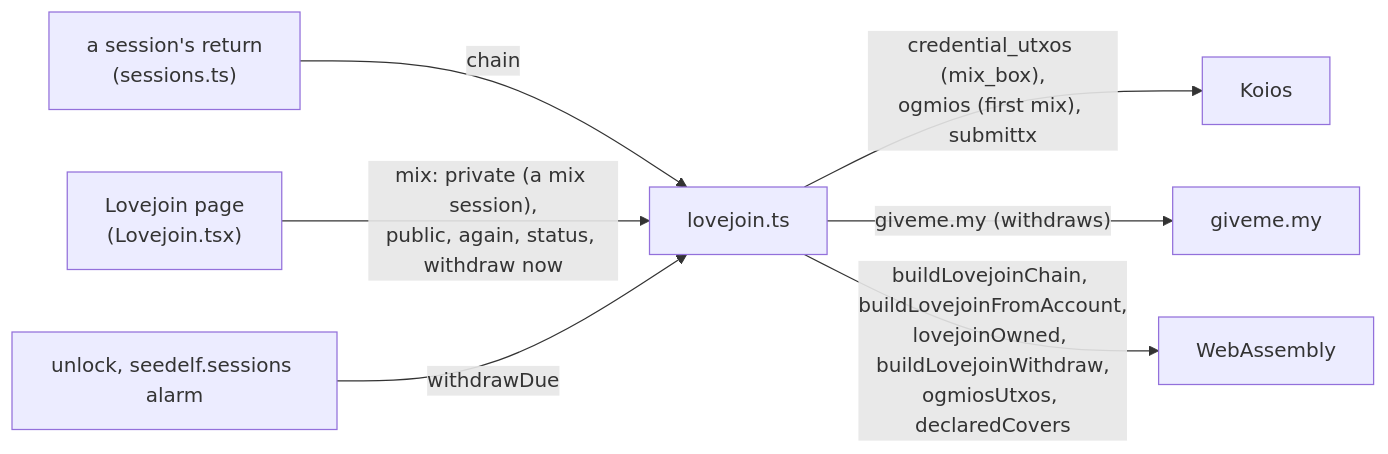
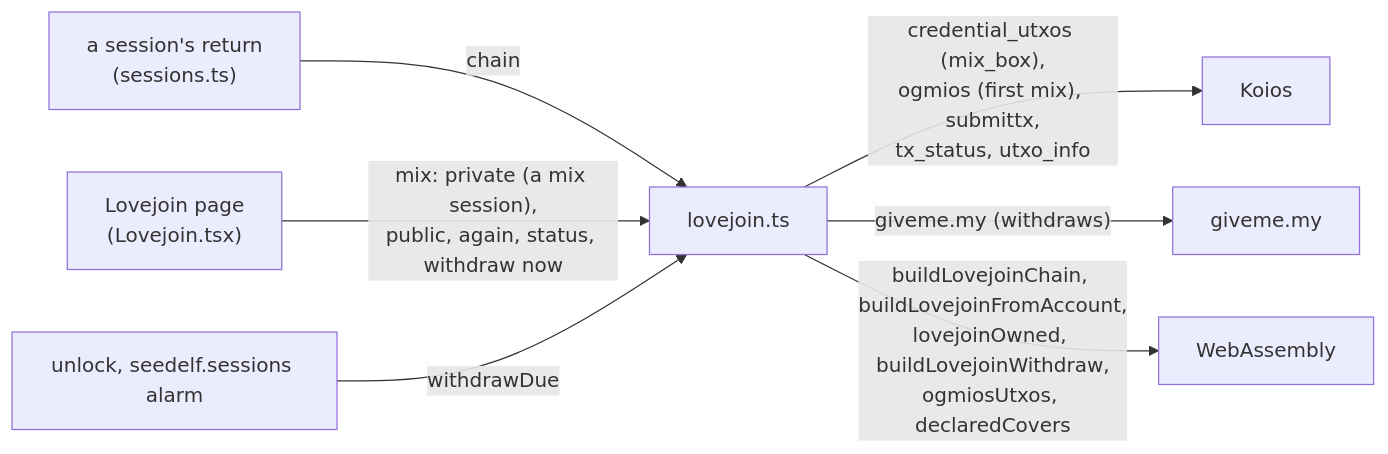
The fourth of 4 diagrams in seedelf-platform/seedelf-web-wallet/docs/architecture.md (logical-mechanism/Seedelf-Wallet), drawn with Mermaid before and after one commit. The commit also changed other lines of this file and 5 other files, not shown here.

First line of the commit message:
docs(web-wallet): the architecture, flows, privacy notes and policy say what the wallet does after the independent review's fixes

````diff
--- a/seedelf-platform/seedelf-web-wallet/docs/architecture.md
+++ b/seedelf-platform/seedelf-web-wallet/docs/architecture.md
@@ -478,9 +531,9 @@
 ```mermaid
 flowchart LR
   R["a session's return<br/>(sessions.ts)"] -- "chain" --> L["lovejoin.ts"]
   T["Lovejoin page<br/>(Lovejoin.tsx)"] -- "mix: private (a mix session),<br/>public, again, status, withdraw now" --> L
   A["unlock, seedelf.sessions alarm"] -- "withdrawDue" --> L
-  L -- "credential_utxos (mix_box),<br/>ogmios (first mix), submittx" --> K["Koios"]
+  L -- "credential_utxos (mix_box),<br/>ogmios (first mix), submittx,<br/>tx_status, utxo_info" --> K["Koios"]
   L -- "giveme.my (withdraws)" --> G["giveme.my"]
   L -- "buildLovejoinChain, buildLovejoinFromAccount,<br/>lovejoinOwned, buildLovejoinWithdraw,<br/>ogmiosUtxos, declaredCovers" --> X["WebAssembly"]
 ```
````
